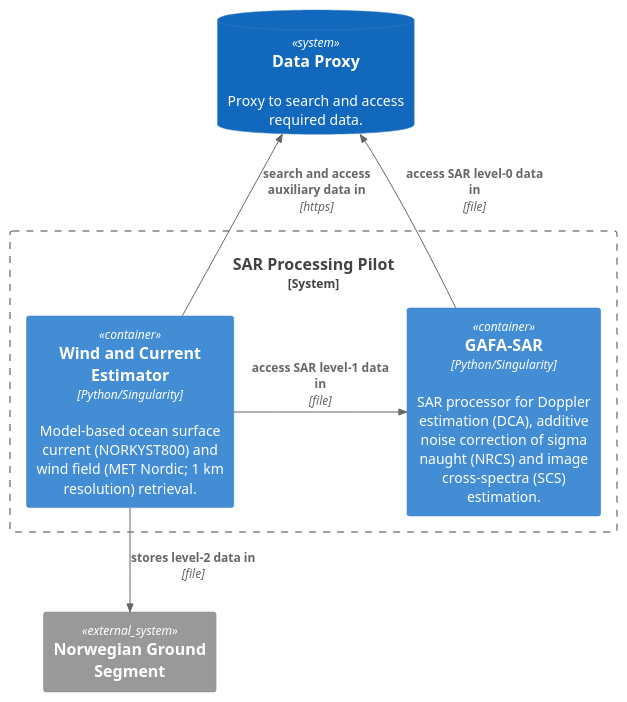
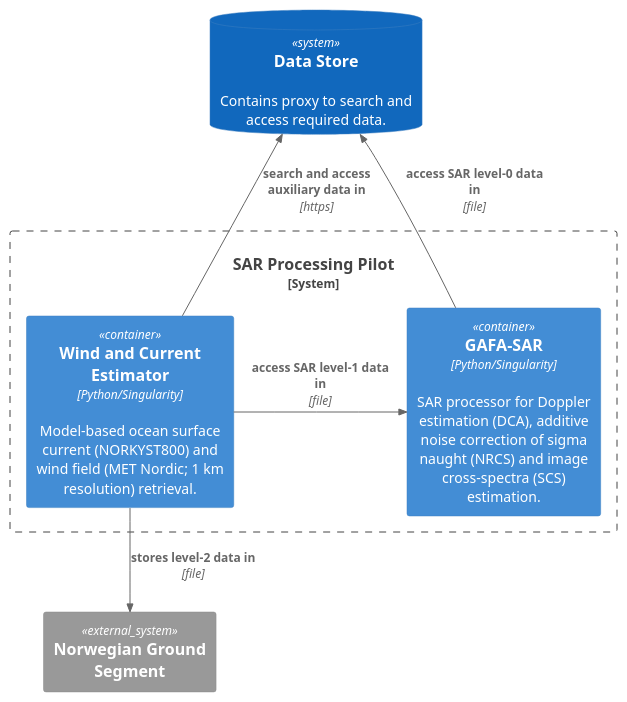
The diagram in puml/sar-processing-container-diagram.puml (metno/esa-coscaw-architecture), drawn with PlantUML before and after one commit. The commit also changed 5 other files, not shown here.

Commit message:
consistence between diagrams

```diff
--- a/puml/sar-processing-container-diagram.puml
+++ b/puml/sar-processing-container-diagram.puml
@@ -1,25 +1,25 @@
 @startuml sar-processing-container-diagram
 !include https://raw.githubusercontent.com/plantuml-stdlib/C4-PlantUML/master/C4_Container.puml
 
 LAYOUT_TOP_DOWN()
 'LAYOUT_LEFT_RIGHT()
 
 
 System_Ext(nbs, "Norwegian Ground Segment")
 
-SystemDb(data, "Data Proxy", "Proxy to search and access required data.")
+SystemDb(data, "Data Store", "Contains proxy to search and access required data.")
 
 System_Boundary(sarproc, "SAR Processing Pilot"){
 
   Container(gafasar, "GAFA-SAR", "Python/Singularity", "SAR processor for Doppler estimation (DCA), additive noise correction of sigma naught (NRCS) and image cross-spectra (SCS) estimation.")
   Container(coscaw, "Wind and Current Estimator", "Python/Singularity", "Model-based ocean surface current (NORKYST800) and wind field (MET Nordic; 1 km resolution) retrieval.")
 
 }
 
 Rel_D(coscaw, nbs, "stores level-2 data in", "file")
 
 Rel_U(gafasar, data, "access SAR level-0 data in", "file")
 Rel_U(coscaw, data, "search and access auxiliary data in", "https")
 Rel_R(coscaw, gafasar, "access SAR level-1 data in", "file")
 
 @enduml
```
